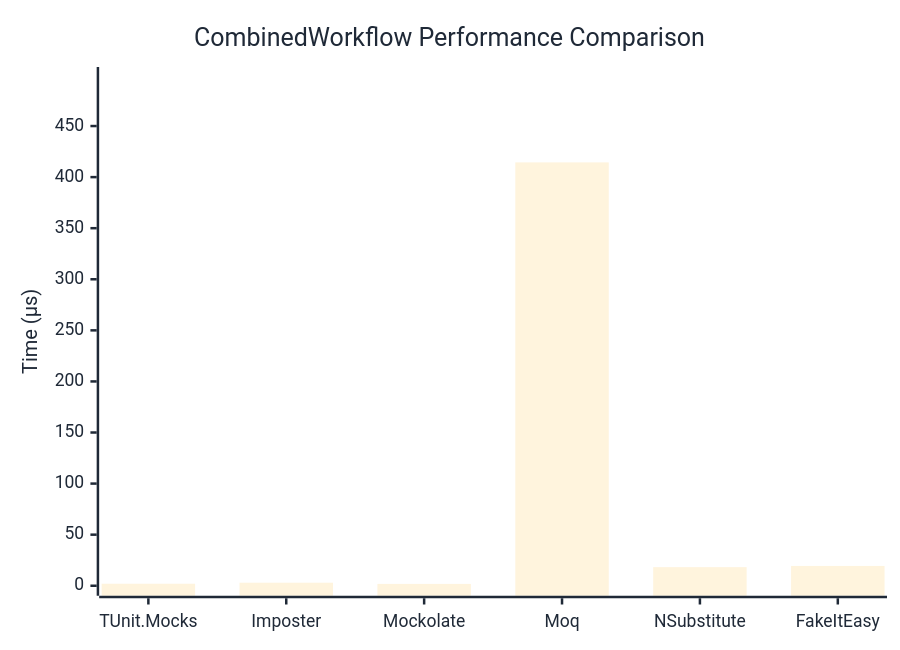
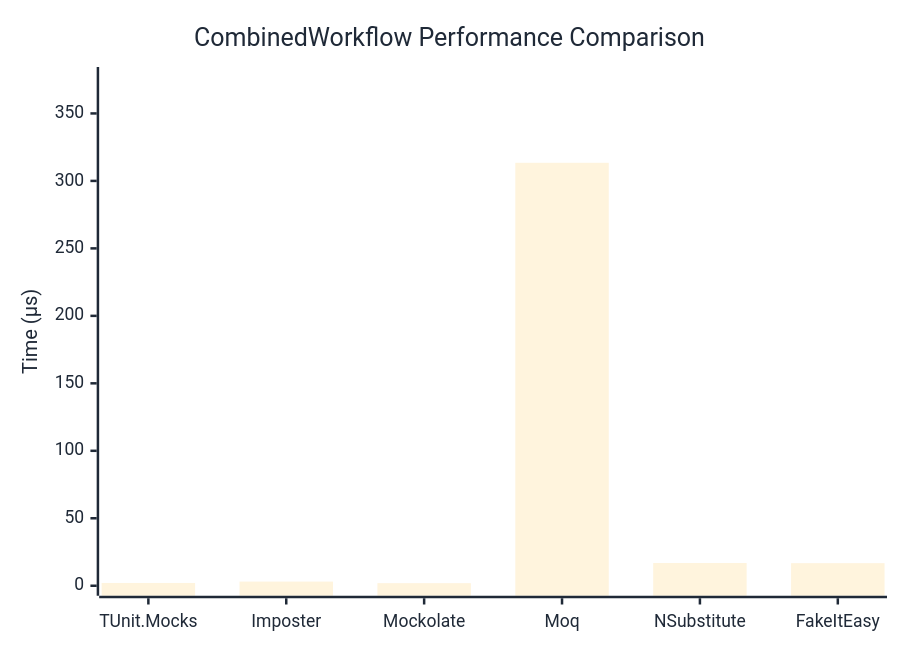
The diagram in docs/docs/benchmarks/mocks/CombinedWorkflow.md (thomhurst/TUnit), drawn with Mermaid before and after one commit. The commit also changed other lines of this file and 14 other files, not shown here.

````diff
--- a/docs/docs/benchmarks/mocks/CombinedWorkflow.md
+++ b/docs/docs/benchmarks/mocks/CombinedWorkflow.md
@@ -30,27 +30,27 @@
 ```mermaid
 %%{init: {
   'theme':'base',
   'themeVariables': {
     'primaryColor': '#2563eb',
     'primaryTextColor': '#1f2937',
     'primaryBorderColor': '#1e40af',
     'lineColor': '#6b7280',
     'secondaryColor': '#7c3aed',
     'tertiaryColor': '#dc2626',
     'background': '#ffffff',
     'pie1': '#2563eb',
     'pie2': '#7c3aed',
     'pie3': '#dc2626',
     'pie4': '#f59e0b',
     'pie5': '#10b981',
     'pie6': '#06b6d4',
     'pie7': '#ec4899',
     'pie8': '#6366f1'
   }
 }}%%
 xychart-beta
   title "CombinedWorkflow Performance Comparison"
   x-axis ["TUnit.Mocks", "Imposter", "Mockolate", "Moq", "NSubstitute", "FakeItEasy"]
-  y-axis "Time (μs)" 0 --> 498
-  bar [1.971, 2.987, 1.796, 414.416, 18.204, 19.398]
+  y-axis "Time (μs)" 0 --> 377
+  bar [2.073, 3.089, 1.912, 313.432, 16.848, 16.749]
 ```
````
